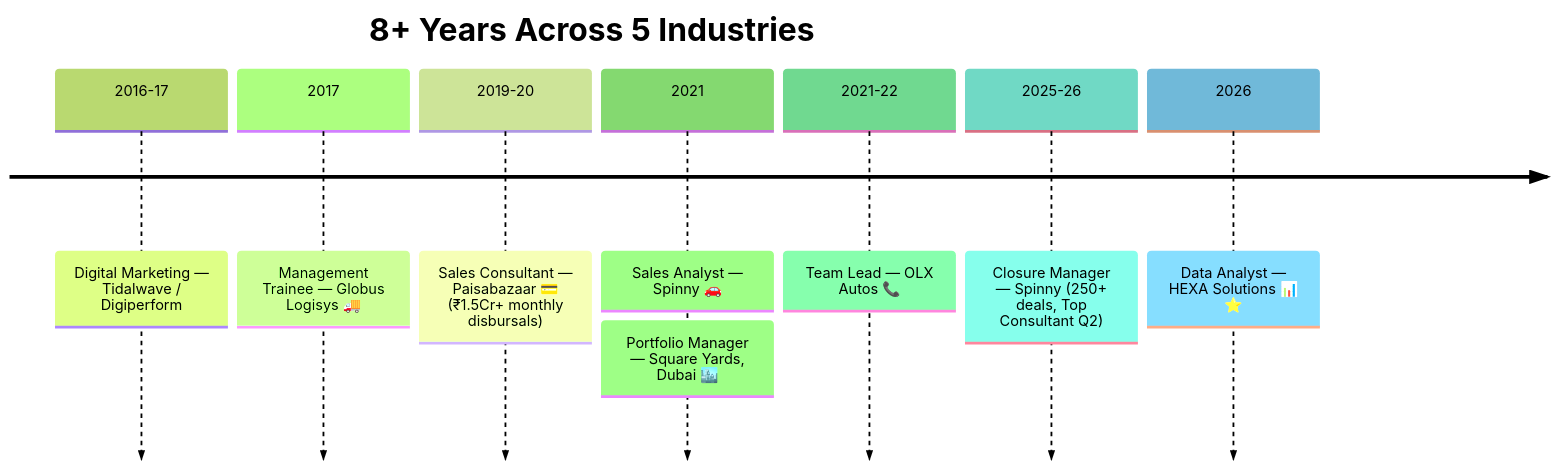
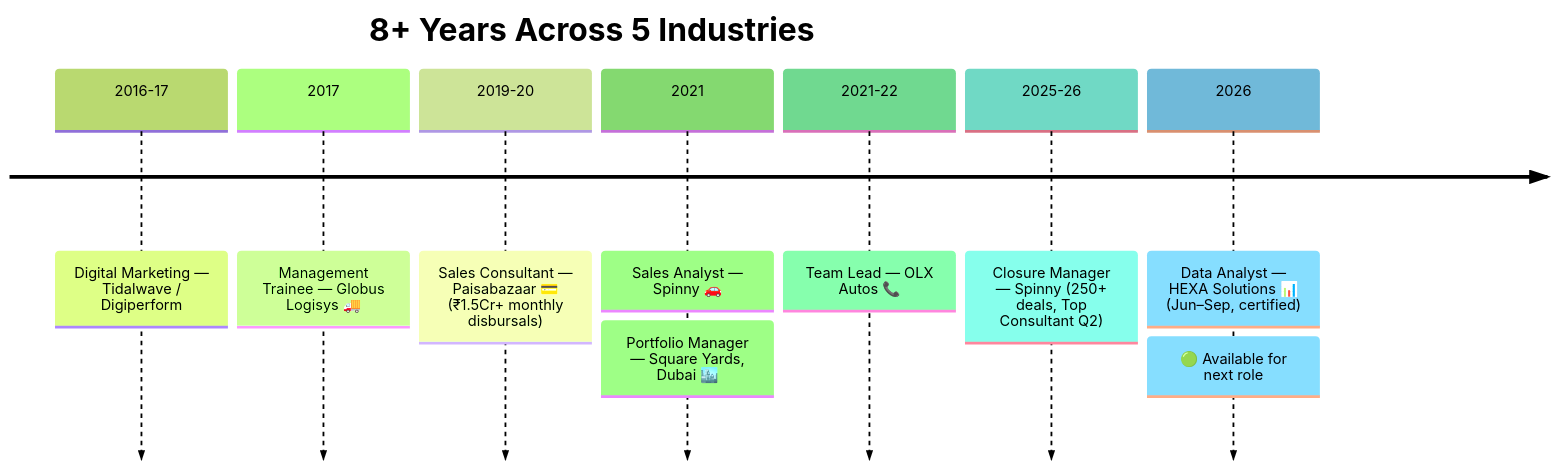
The diagram in README.md (Eswar5313/Eswar5313), drawn with Mermaid (forest theme) before and after one commit. The commit also changed other lines of this file, not shown here.

````diff
--- a/README.md
+++ b/README.md
@@ -180,11 +180,11 @@
 ```mermaid
 timeline
     title 8+ Years Across 5 Industries
     2016-17 : Digital Marketing — Tidalwave / Digiperform
     2017 : Management Trainee — Globus Logisys 🚚
     2019-20 : Sales Consultant — Paisabazaar 💳 (₹1.5Cr+ monthly disbursals)
     2021 : Sales Analyst — Spinny 🚗 : Portfolio Manager — Square Yards, Dubai 🏙️
     2021-22 : Team Lead — OLX Autos 📞
     2025-26 : Closure Manager — Spinny (250+ deals, Top Consultant Q2)
-    2026 : Data Analyst — HEXA Solutions 📊 ⭐
+    2026 : Data Analyst — HEXA Solutions 📊 (Jun–Sep, certified) : 🟢 Available for next role
 ```
````
